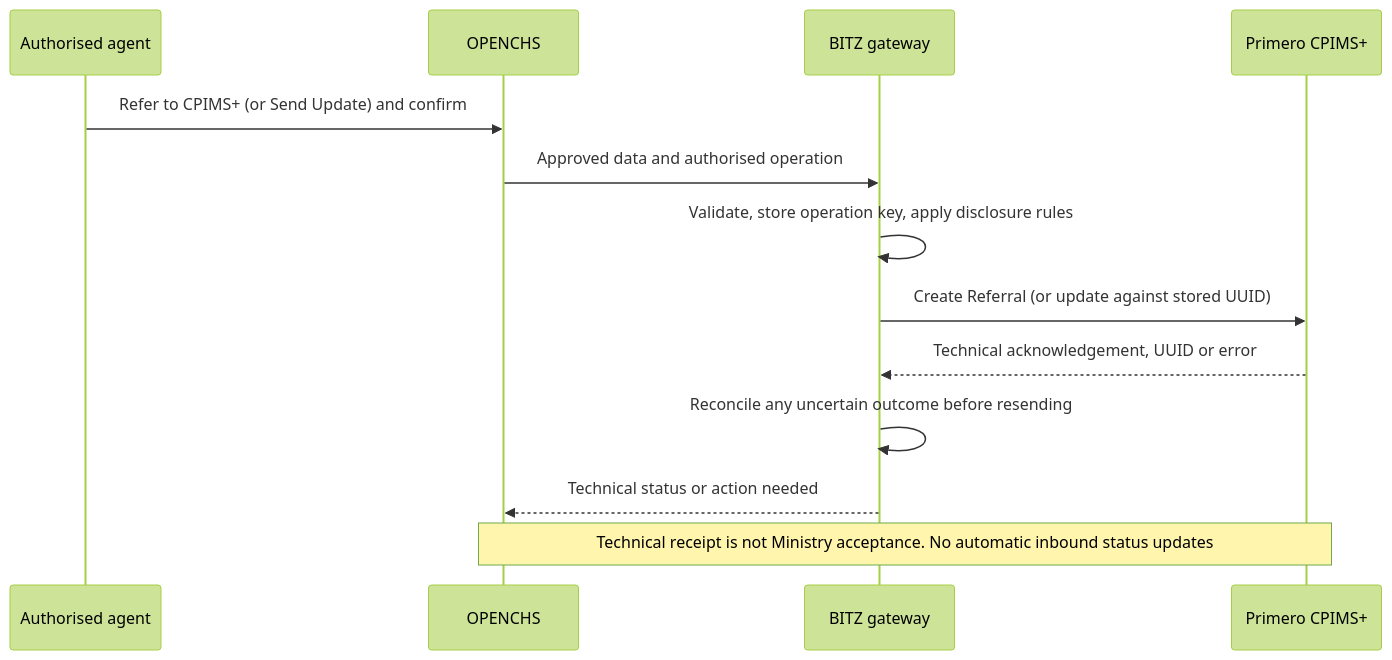
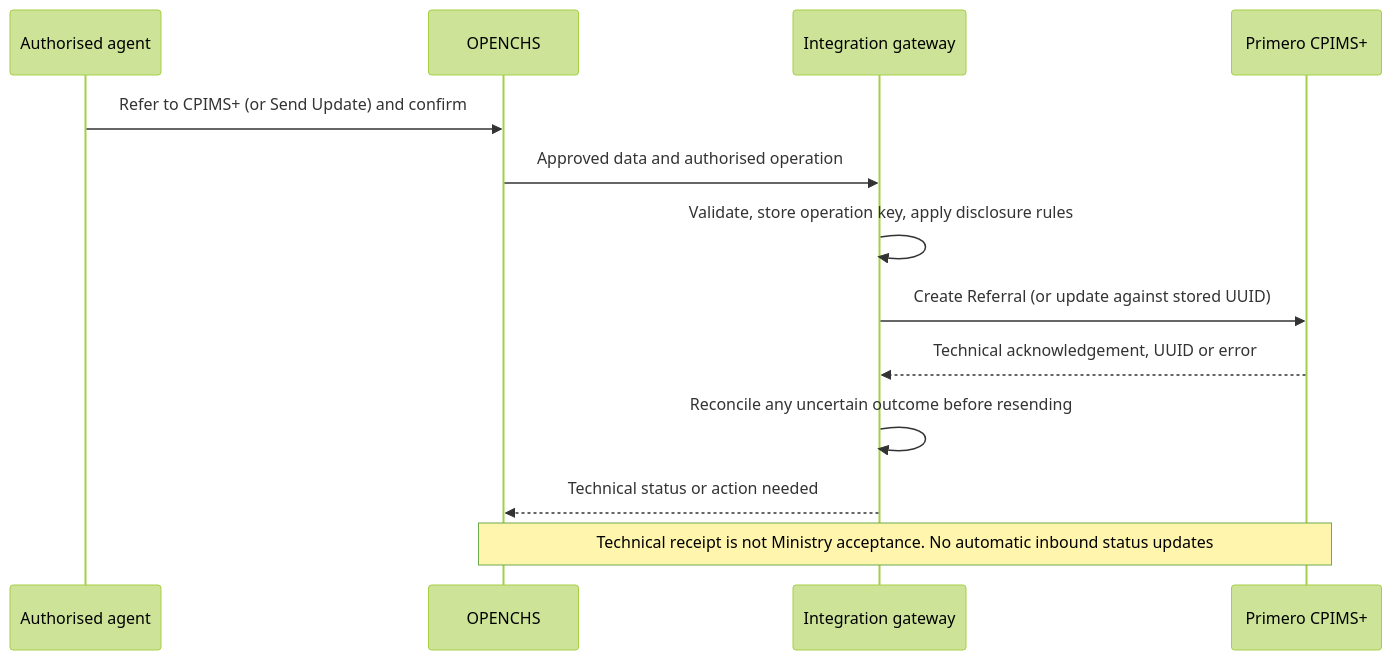
One commit to BITZ-IT-Consulting-LTD/OPENCHS_PRIMERO_PROJECT changed the fourth of 12 diagrams in 01_inception/D1_INCEPTION_REPORT_OPENCHS_PRIMERO_V2.9_FINAL_DRAFT.md. Above: the diagram before and after it, drawn with Mermaid (forest theme). The commit also changed other lines of this file and 4 other files, not shown here.

````diff
--- a/01_inception/D1_INCEPTION_REPORT_OPENCHS_PRIMERO_V2.9_FINAL_DRAFT.md
+++ b/01_inception/D1_INCEPTION_REPORT_OPENCHS_PRIMERO_V2.9_FINAL_DRAFT.md
@@ -433,15 +433,15 @@
 ```mermaid
 sequenceDiagram
     participant A as Authorised agent
     participant O as OPENCHS
-    participant G as BITZ gateway
+    participant G as Integration gateway
     participant P as Primero CPIMS+
     A->>O: Refer to CPIMS+ (or Send Update) and confirm
     O->>G: Approved data and authorised operation
     G->>G: Validate, store operation key, apply disclosure rules
     G->>P: Create Referral (or update against stored UUID)
     P-->>G: Technical acknowledgement, UUID or error
     G->>G: Reconcile any uncertain outcome before resending
     G-->>O: Technical status or action needed
     Note over O,P: Technical receipt is not Ministry acceptance. No automatic inbound status updates
 ```
````
